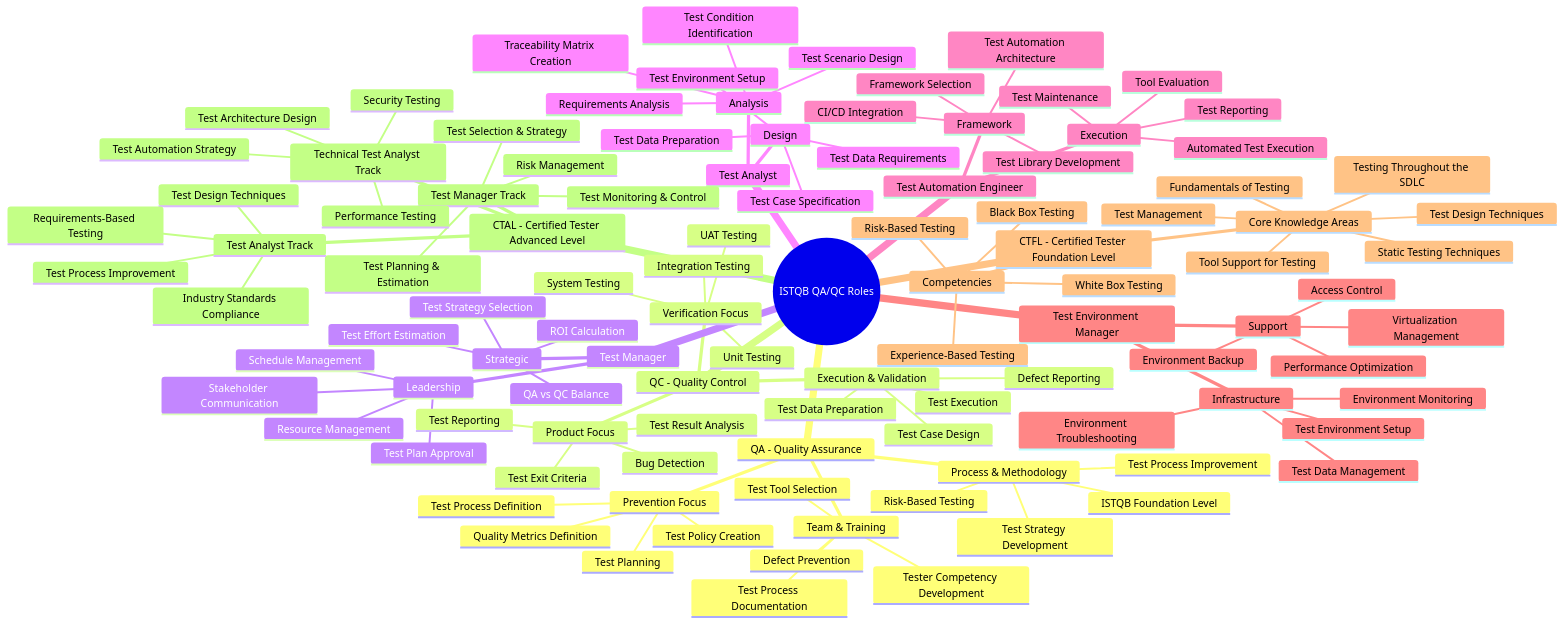
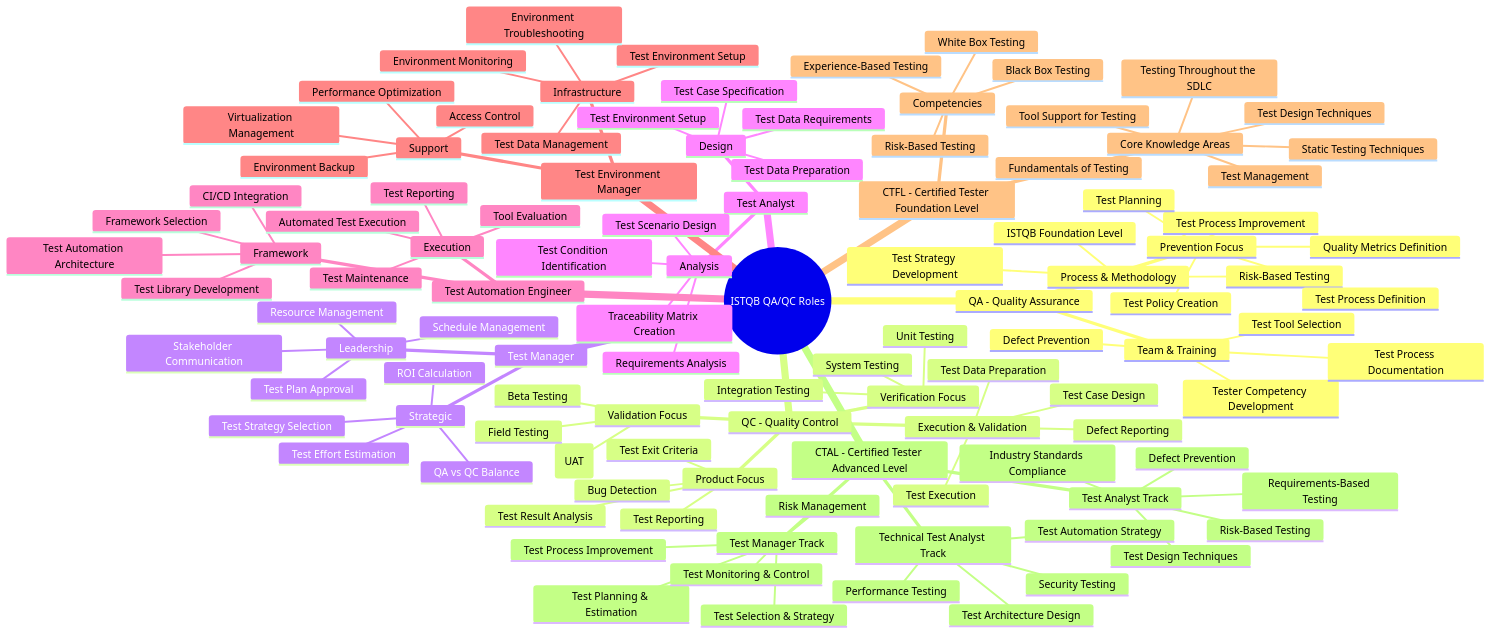
One commit to hnaht277/HW01-Software-Testing changed the diagram in ISTQB_QA_QC_Roles_Mindmap.md. Above: the diagram before and after it, drawn with Mermaid. The commit also changed other lines of this file and 28 other files, not shown here.

```diff
--- a/ISTQB_QA_QC_Roles_Mindmap.md
+++ b/ISTQB_QA_QC_Roles_Mindmap.md
@@ -37,7 +39,10 @@
         Unit Testing
         Integration Testing
         System Testing
-        UAT Testing
+      Validation Focus
+        User Acceptance Testing (UAT)
+        Field Testing
+        Beta Testing
       Product Focus
         Bug Detection
         Test Reporting
@@ -112,10 +117,12 @@
         Test Planning & Estimation
         Test Monitoring & Control
         Test Selection & Strategy
+        Test Process Improvement
       Test Analyst Track
-        Test Process Improvement
         Test Design Techniques
         Requirements-Based Testing
+        Risk-Based Testing
+        Defect Prevention
         Industry Standards Compliance
       Technical Test Analyst Track
         Test Architecture Design
```
